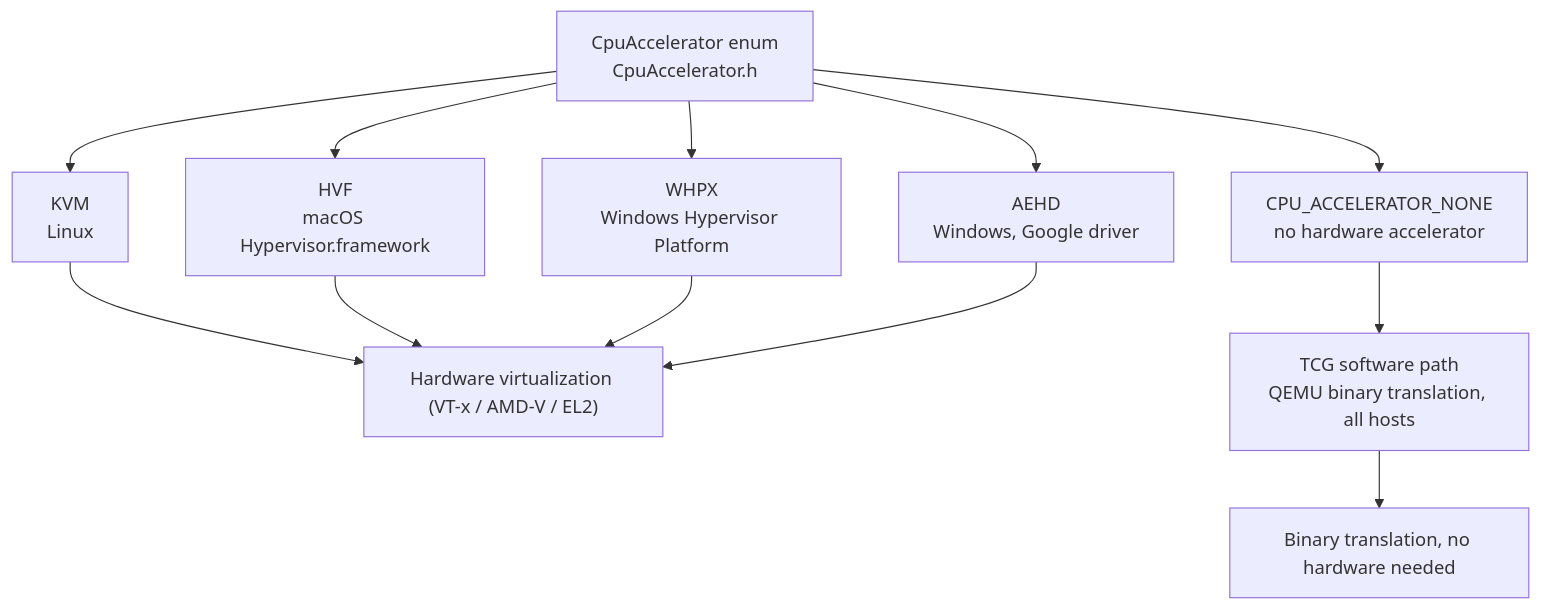
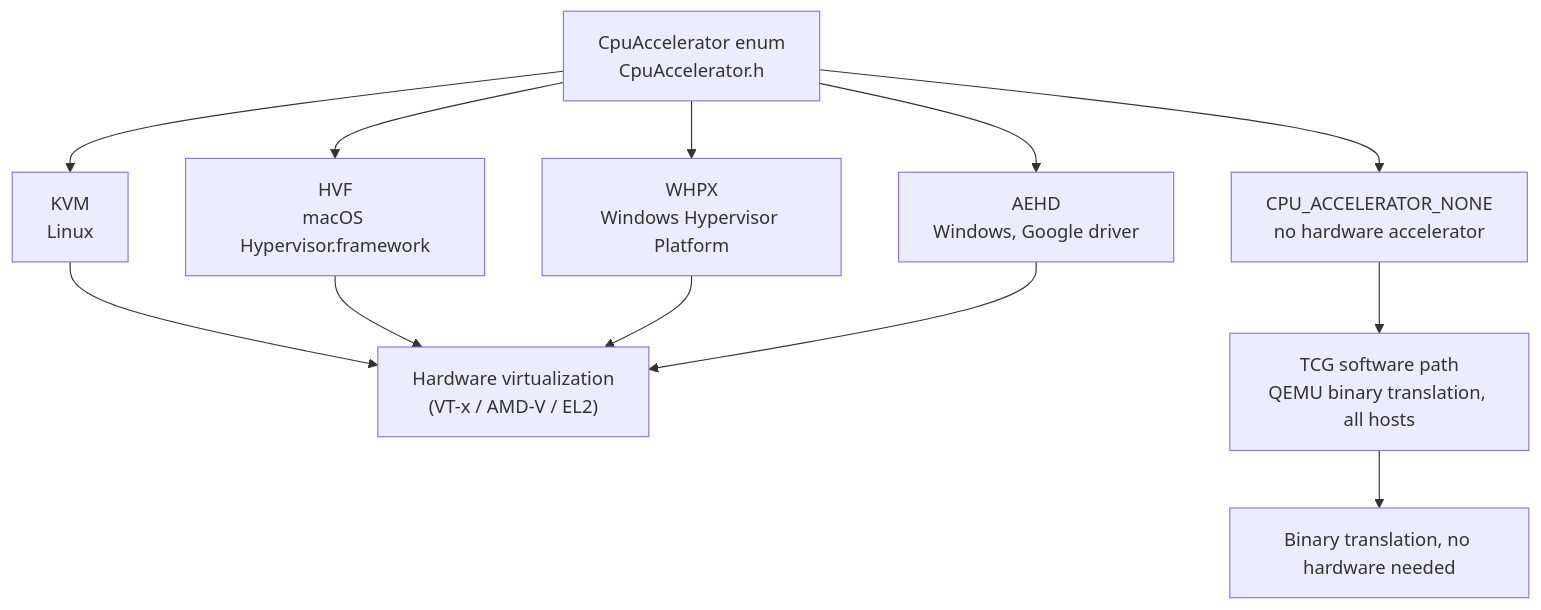
One commit to aospbooks/android-emulator-internal-book changed the first of 4 diagrams in C-appendix-glossary.md. Above: the diagram before and after it, drawn with Mermaid. The commit also changed other lines of this file and 31 other files, not shown here.

````diff
--- a/C-appendix-glossary.md
+++ b/C-appendix-glossary.md
@@ -15,15 +15,15 @@
 ```mermaid
 flowchart TB
     ENUM["CpuAccelerator enum<br/>CpuAccelerator.h"]
     ENUM --> KVM["KVM<br/>Linux"]
     ENUM --> HVF["HVF<br/>macOS Hypervisor.framework"]
     ENUM --> WHPX["WHPX<br/>Windows Hypervisor Platform"]
     ENUM --> AEHD["AEHD<br/>Windows, Google driver"]
     ENUM --> NONE["CPU_ACCELERATOR_NONE<br/>no hardware accelerator"]
-    KVM --> HW["Hardware virtualization (VT-x / AMD-V / EL2)"]
+    KVM --> HW["Hardware virtualization<br/>(VT-x / AMD-V / EL2)"]
     HVF --> HW
     WHPX --> HW
     AEHD --> HW
     NONE --> TCG["TCG software path<br/>QEMU binary translation, all hosts"]
     TCG --> SW["Binary translation, no hardware needed"]
 ```
````
